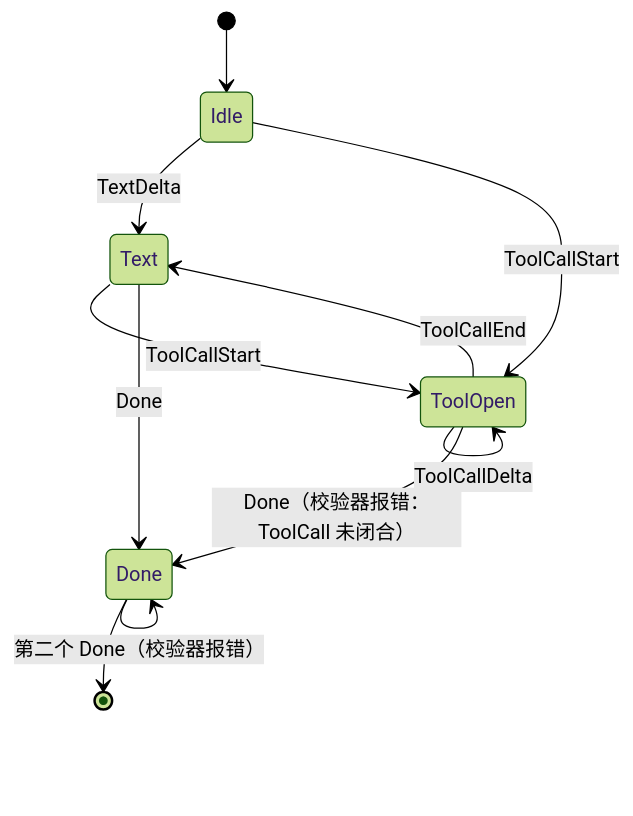
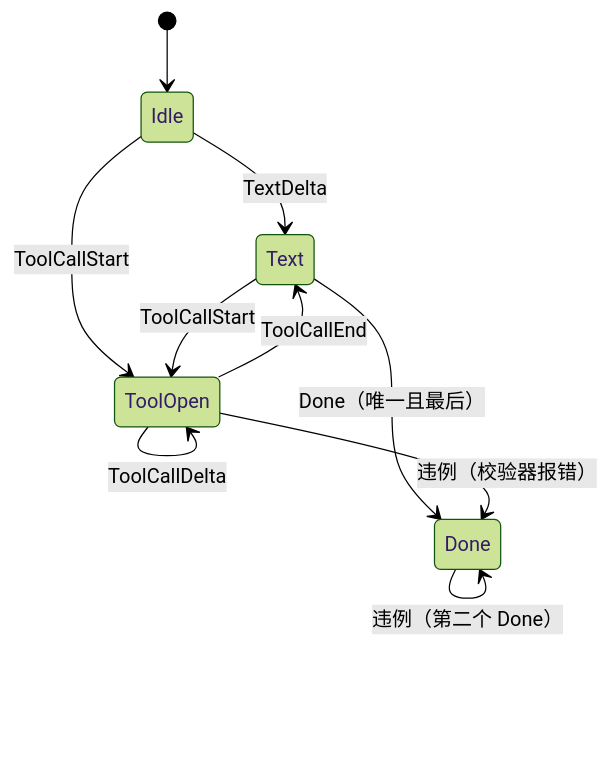
Before and after one commit to StrayDragon/xylitol: the diagram in llmanspec/changes/c3255-fix-provider-stream-terminal-state/design.md, drawn with Mermaid (forest theme). The commit also changed other lines of this file and 35 other files, not shown here.

````diff
--- a/llmanspec/changes/c3255-fix-provider-stream-terminal-state/design.md
+++ b/llmanspec/changes/c3255-fix-provider-stream-terminal-state/design.md
@@ -20,13 +17,12 @@
-```mermaid
+~~~mermaid
 stateDiagram-v2
   [*] --> Idle
   Idle --> Text: TextDelta
   Idle --> ToolOpen: ToolCallStart
   Text --> ToolOpen: ToolCallStart
   ToolOpen --> ToolOpen: ToolCallDelta
   ToolOpen --> Text: ToolCallEnd
-  Text --> Done: Done
-  ToolOpen --> Done: Done（校验器报错：ToolCall 未闭合）
-  Done --> [*]
-  Done --> Done: 第二个 Done（校验器报错）
-```
+  Text --> Done: Done（唯一且最后）
+  ToolOpen --> Done: 违例（校验器报错）
+  Done --> Done: 违例（第二个 Done）
+~~~
````
